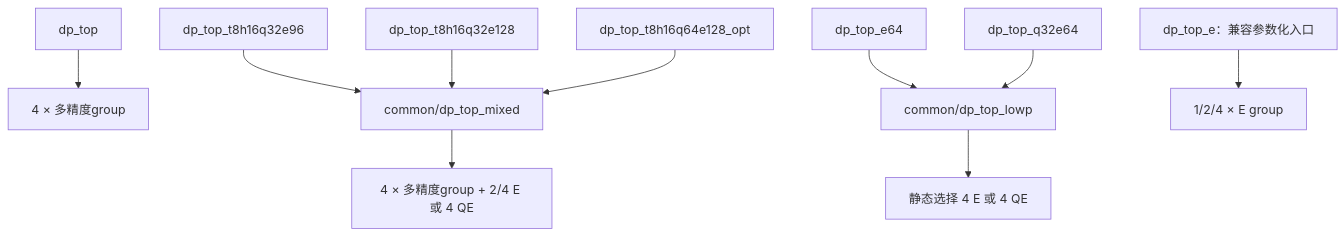
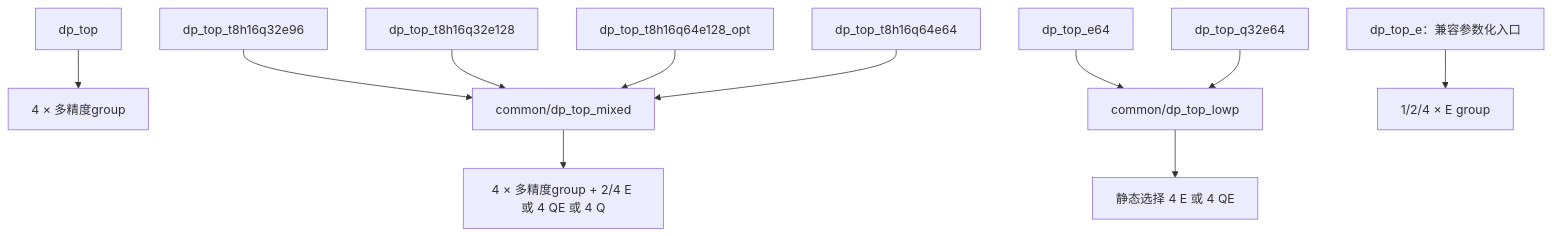
The diagram in src/spec/dp/dptop/top-architectures.md (Futuresxy/DP-Puzzel), drawn with Mermaid before and after one commit. The commit also changed other lines of this file and 42 other files, not shown here.

````diff
--- a/src/spec/dp/dptop/top-architectures.md
+++ b/src/spec/dp/dptop/top-architectures.md
@@ -107,12 +117,13 @@
 ```mermaid
 flowchart TD
   BASE[dp_top] --> BG[4 × 多精度group]
   E96[dp_top_t8h16q32e96] --> MIX[common/dp_top_mixed]
   E128[dp_top_t8h16q32e128] --> MIX
   QE128[dp_top_t8h16q64e128_opt] --> MIX
-  MIX --> MB[4 × 多精度group + 2/4 E 或 4 QE]
+  Q64[dp_top_t8h16q64e64] --> MIX
+  MIX --> MB[4 × 多精度group + 2/4 E 或 4 QE 或 4 Q]
   E64[dp_top_e64] --> LOW[common/dp_top_lowp]
   QE64[dp_top_q32e64] --> LOW
   LOW --> LB[静态选择 4 E 或 4 QE]
   OLD[dp_top_e：兼容参数化入口] --> OB[1/2/4 × E group]
 ```
````
